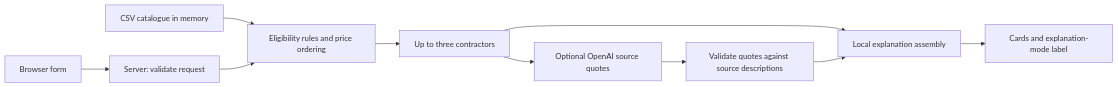
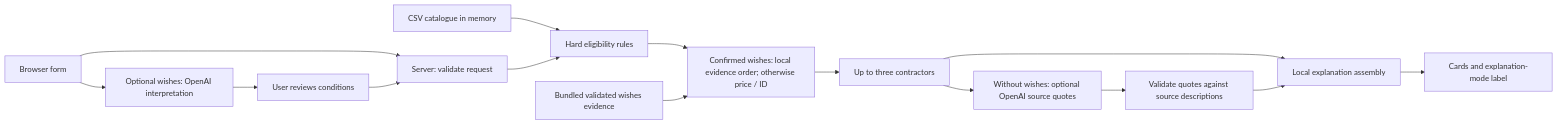
The diagram in README.md (BAITC-Hacks/hack-83108e9d-the-power-of-dreams), drawn with Mermaid before and after one commit. The commit also changed other lines of this file, not shown here.

````diff
--- a/README.md
+++ b/README.md
@@ -323,12 +344,17 @@
 ```mermaid
 flowchart LR
     Form["Browser form"] --> API["Server: validate request"]
-    CSV["CSV catalogue in memory"] --> Rules["Eligibility rules and price ordering"]
+    Form --> Parse["Optional wishes: OpenAI interpretation"]
+    Parse --> Review["User reviews conditions"]
+    Review --> API
+    CSV["CSV catalogue in memory"] --> Rules["Hard eligibility rules"]
     API --> Rules
-    Rules --> Selected["Up to three contractors"]
-    Selected --> Evidence["Optional OpenAI source quotes"]
+    Rules --> Order["Confirmed wishes: local evidence order; otherwise price / ID"]
+    Index["Bundled validated wishes evidence"] --> Order
+    Order --> Selected["Up to three contractors"]
+    Selected --> Evidence["Without wishes: optional OpenAI source quotes"]
     Selected --> Result["Local explanation assembly"]
     Evidence --> Check["Validate quotes against source descriptions"]
     Check --> Result
     Result --> Cards["Cards and explanation-mode label"]
 ```
````
